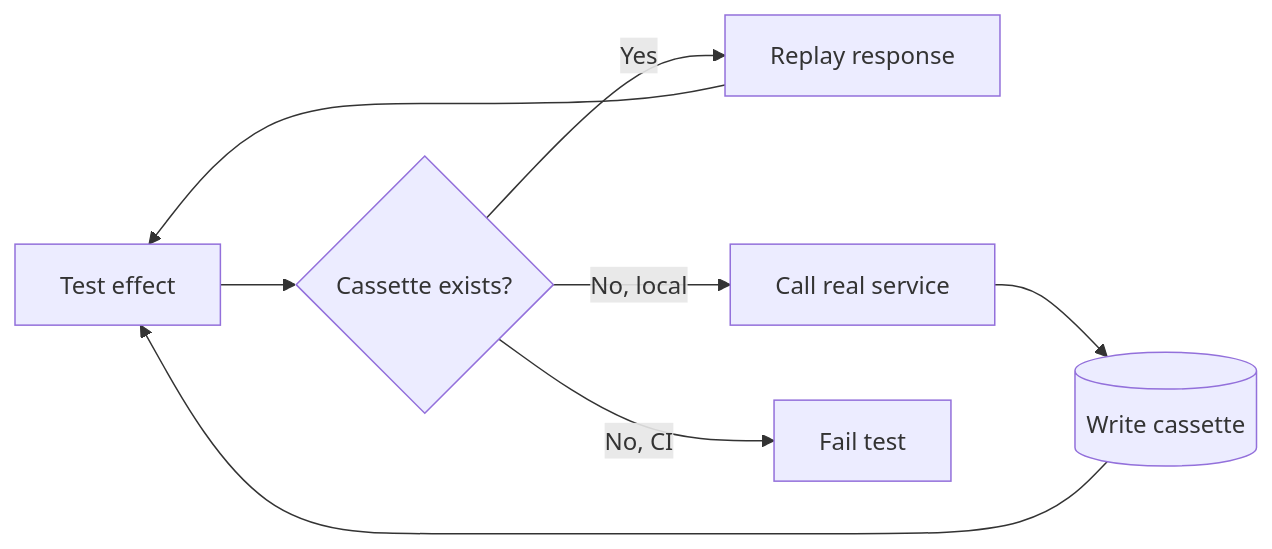
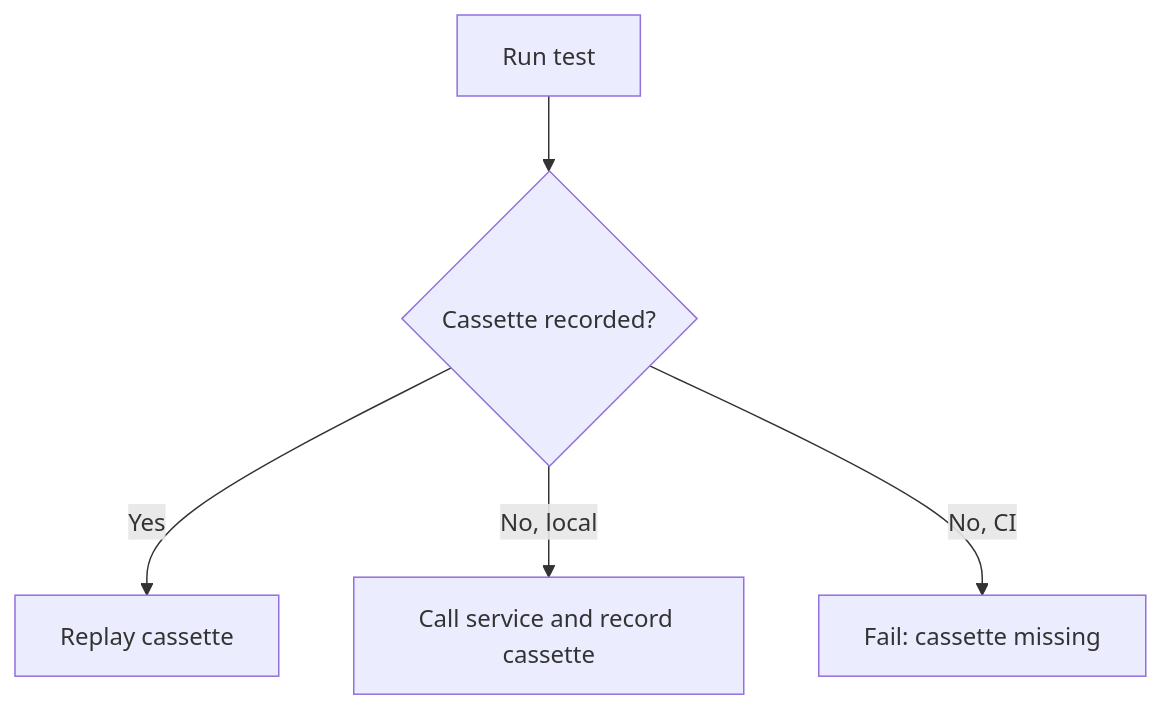
Before and after one commit to anomalyco/opencode: the diagram in packages/http-recorder/README.md, drawn with Mermaid. The commit also changed other lines of this file and 8 other files, not shown here.

````diff
--- a/packages/http-recorder/README.md
+++ b/packages/http-recorder/README.md
@@ -71,10 +71,7 @@
 ```mermaid
-flowchart LR
-  Test[Test effect] --> Recorder{Cassette exists?}
-  Recorder -->|Yes| Replay[Replay response]
-  Recorder -->|No, local| API[Call real service]
-  API --> Save[(Write cassette)]
-  Save --> Test
-  Recorder -->|No, CI| Fail[Fail test]
-  Replay --> Test
+flowchart TD
+  Run[Run test] --> Recorded{Cassette recorded?}
+  Recorded -->|Yes| Replay[Replay cassette]
+  Recorded -->|No, local| Record[Call service and record cassette]
+  Recorded -->|No, CI| Fail[Fail: cassette missing]
 ```
````
